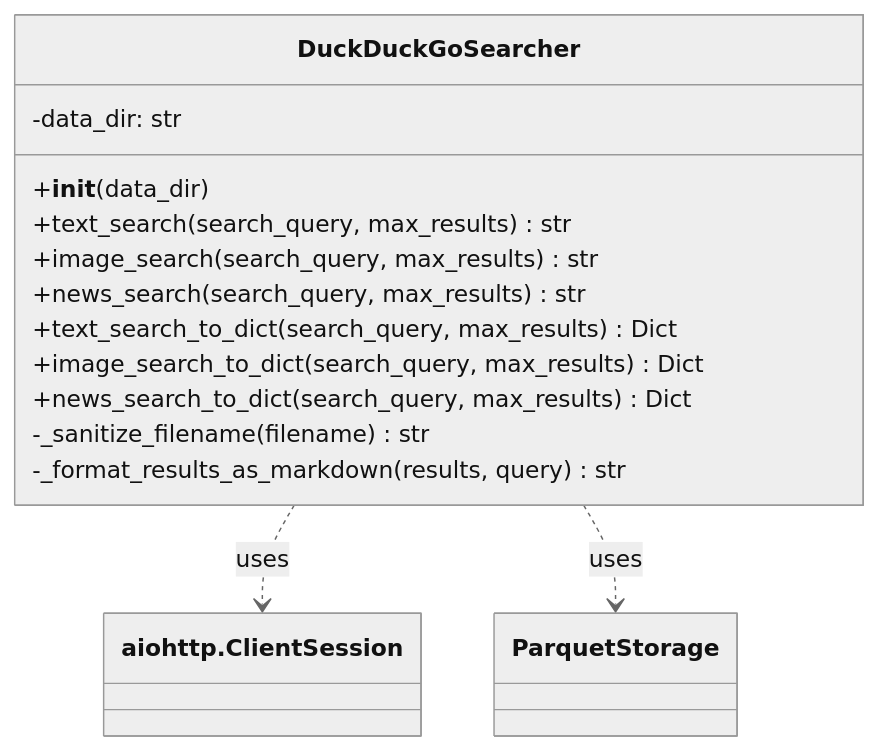
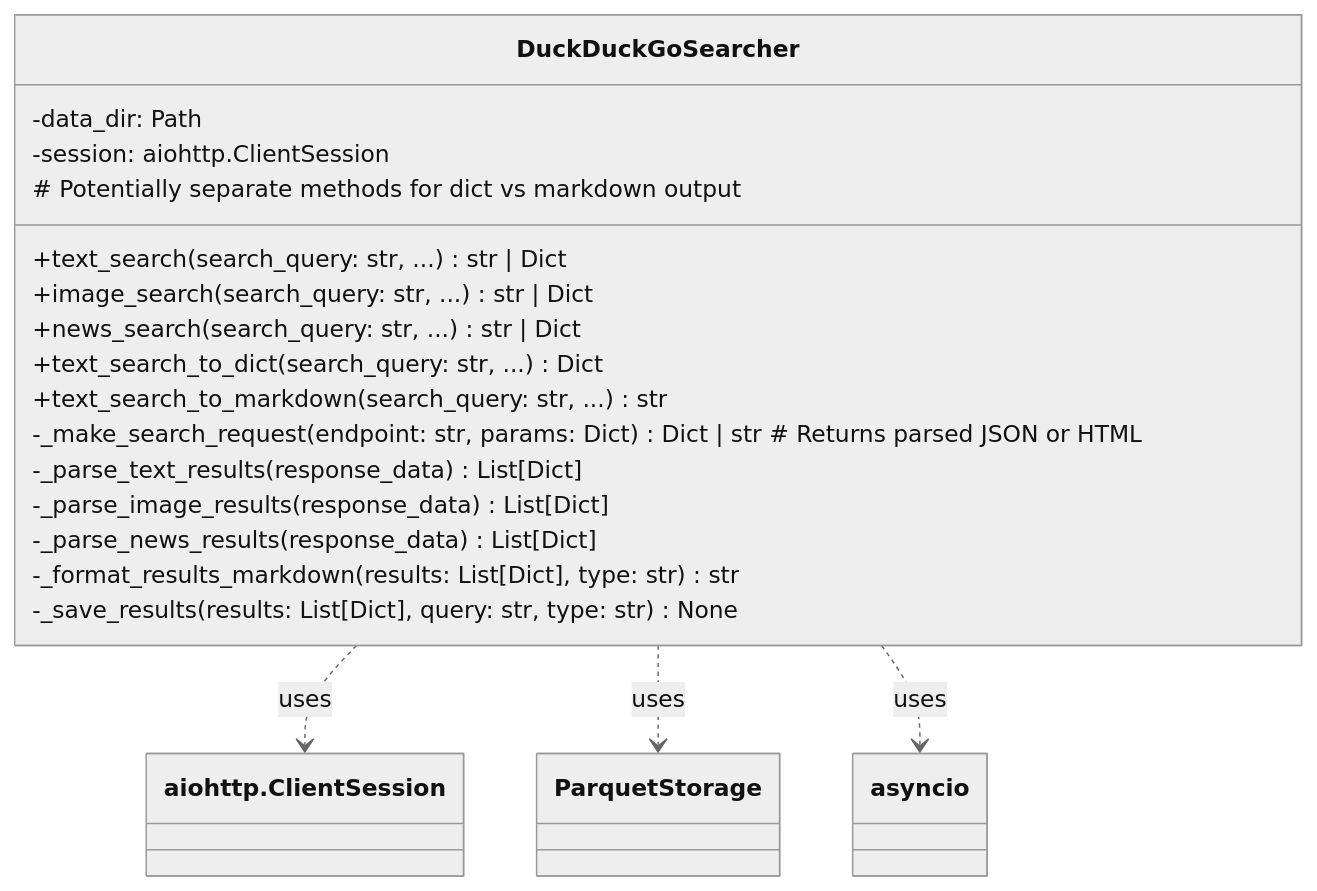
Before and after one commit to Ollama-Agent-Roll-Cage/oarc-crawlers: diagram 14 of 25 in docs/Crawlers.md, drawn with Mermaid (neutral theme). The commit also changed other lines of this file and 9 other files, not shown here.

````diff
--- a/docs/Crawlers.md
+++ b/docs/Crawlers.md
@@ -453,18 +482,23 @@
 ```mermaid
 classDiagram
     class DuckDuckGoSearcher {
-        -data_dir: str
-        +__init__(data_dir)
-        +text_search(search_query, max_results) str
-        +image_search(search_query, max_results) str
-        +news_search(search_query, max_results) str
-        +text_search_to_dict(search_query, max_results) Dict
-        +image_search_to_dict(search_query, max_results) Dict
-        +news_search_to_dict(search_query, max_results) Dict
-        -_sanitize_filename(filename) str
-        -_format_results_as_markdown(results, query) str
+        -data_dir: Path
+        -session: aiohttp.ClientSession
+        +text_search(search_query: str, ...) str | Dict
+        +image_search(search_query: str, ...) str | Dict
+        +news_search(search_query: str, ...) str | Dict
+        # Potentially separate methods for dict vs markdown output
+        +text_search_to_dict(search_query: str, ...) Dict
+        +text_search_to_markdown(search_query: str, ...) str
+        -_make_search_request(endpoint: str, params: Dict) Dict | str # Returns parsed JSON or HTML
+        -_parse_text_results(response_data) List[Dict]
+        -_parse_image_results(response_data) List[Dict]
+        -_parse_news_results(response_data) List[Dict]
+        -_format_results_markdown(results: List[Dict], type: str) str
+        -_save_results(results: List[Dict], query: str, type: str) None
     }
-    
+
     DuckDuckGoSearcher ..> aiohttp.ClientSession : uses
     DuckDuckGoSearcher ..> ParquetStorage : uses
+    DuckDuckGoSearcher ..> asyncio : uses
 ```
````
